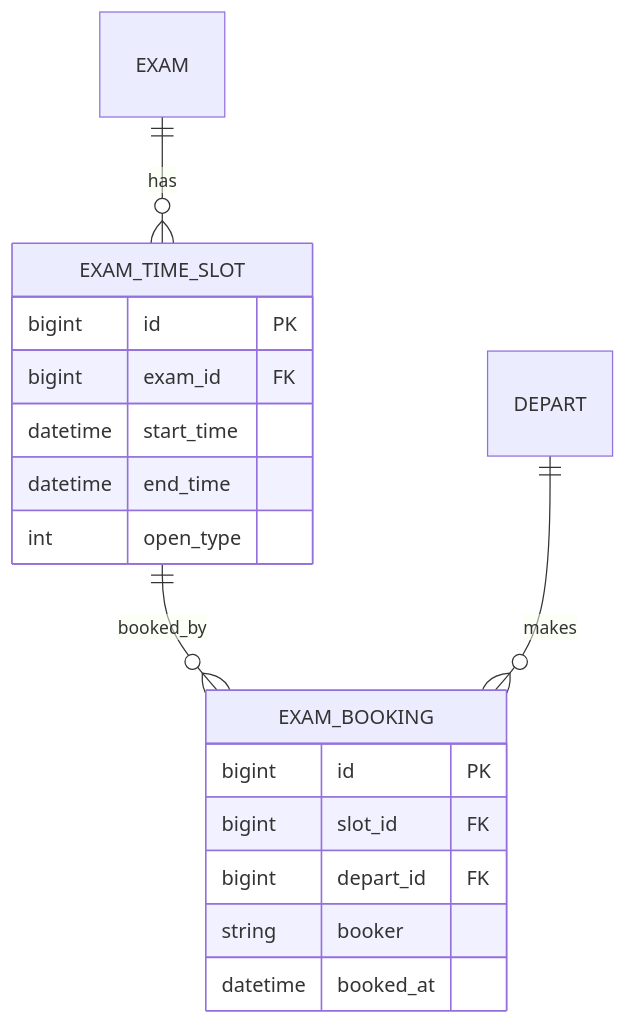
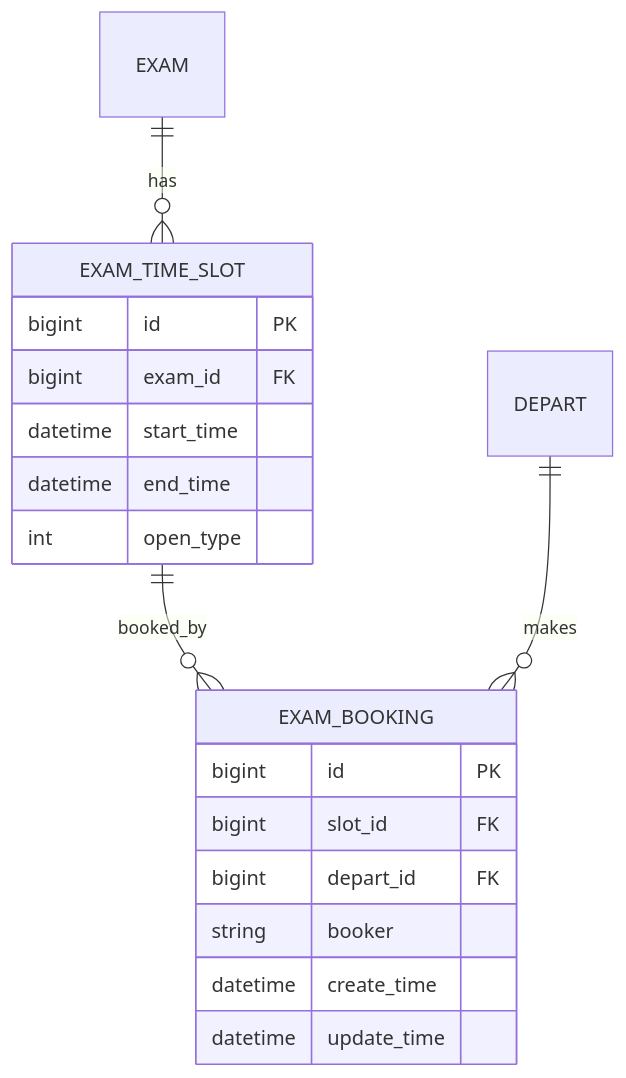
One commit to yisean/claude-spec-skills changed the diagram in spec-design/templates/design.md. Above: the diagram before and after it, drawn with Mermaid. The commit also changed other lines of this file and 5 other files, not shown here.

````diff
--- a/spec-design/templates/design.md
+++ b/spec-design/templates/design.md
@@ -25,20 +25,21 @@
 ```mermaid
 erDiagram
     EXAM ||--o{ EXAM_TIME_SLOT : has
     EXAM_TIME_SLOT ||--o{ EXAM_BOOKING : booked_by
     DEPART ||--o{ EXAM_BOOKING : makes
     EXAM_TIME_SLOT {
         bigint id PK
         bigint exam_id FK
         datetime start_time
         datetime end_time
         int open_type
     }
     EXAM_BOOKING {
         bigint id PK
         bigint slot_id FK
         bigint depart_id FK
         string booker
-        datetime booked_at
+        datetime create_time
+        datetime update_time
     }
 ```
````
